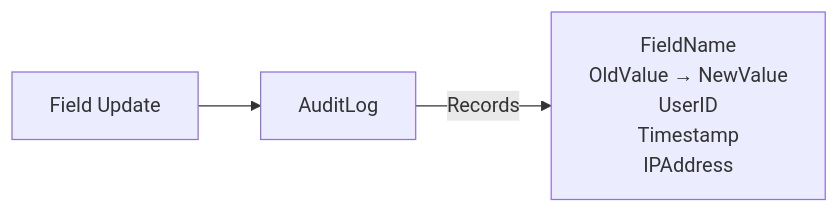
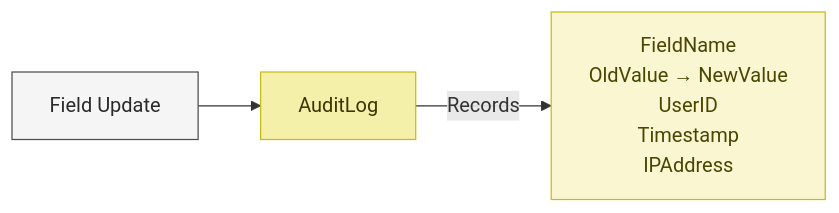
The sixth of 7 diagrams in docs/database-overview.md (XRFutureForests/digital-twin-db), drawn with Mermaid before and after one commit. The commit also changed other lines of this file and 27 other files, not shown here.

First line of the commit message:
docs: restructure around database-overview and propagate schema colour scheme

````diff
--- a/docs/database-overview.md
+++ b/docs/database-overview.md
@@ -470,5 +530,8 @@
 ```mermaid
 flowchart LR
     Change["Field Update"] --> AuditLog
     AuditLog --> |"Records"| Details["FieldName<br/>OldValue → NewValue<br/>UserID<br/>Timestamp<br/>IPAddress"]
+    style AuditLog fill:#F4EFA9,stroke:#c7bb1a,color:#3a3600
+    style Change fill:#f5f5f5,stroke:#4f4f4f,color:#2a2a2a
+    style Details fill:#FAF6D2,stroke:#c7bb1a,color:#4a4500
 ```
````
